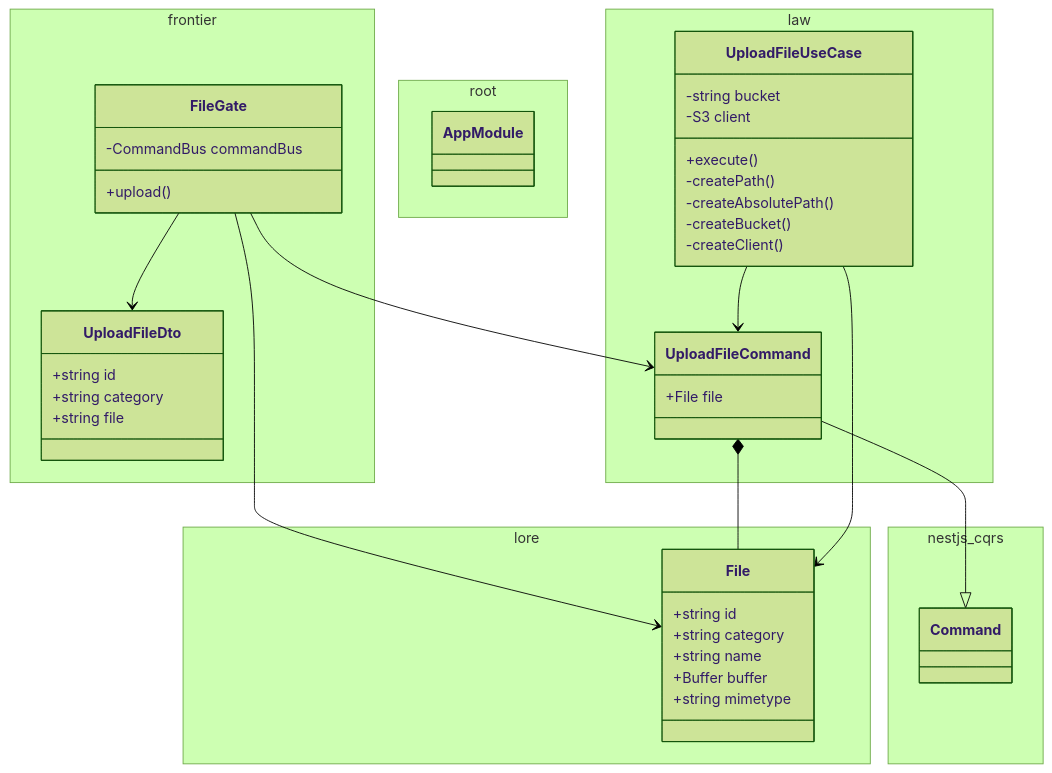
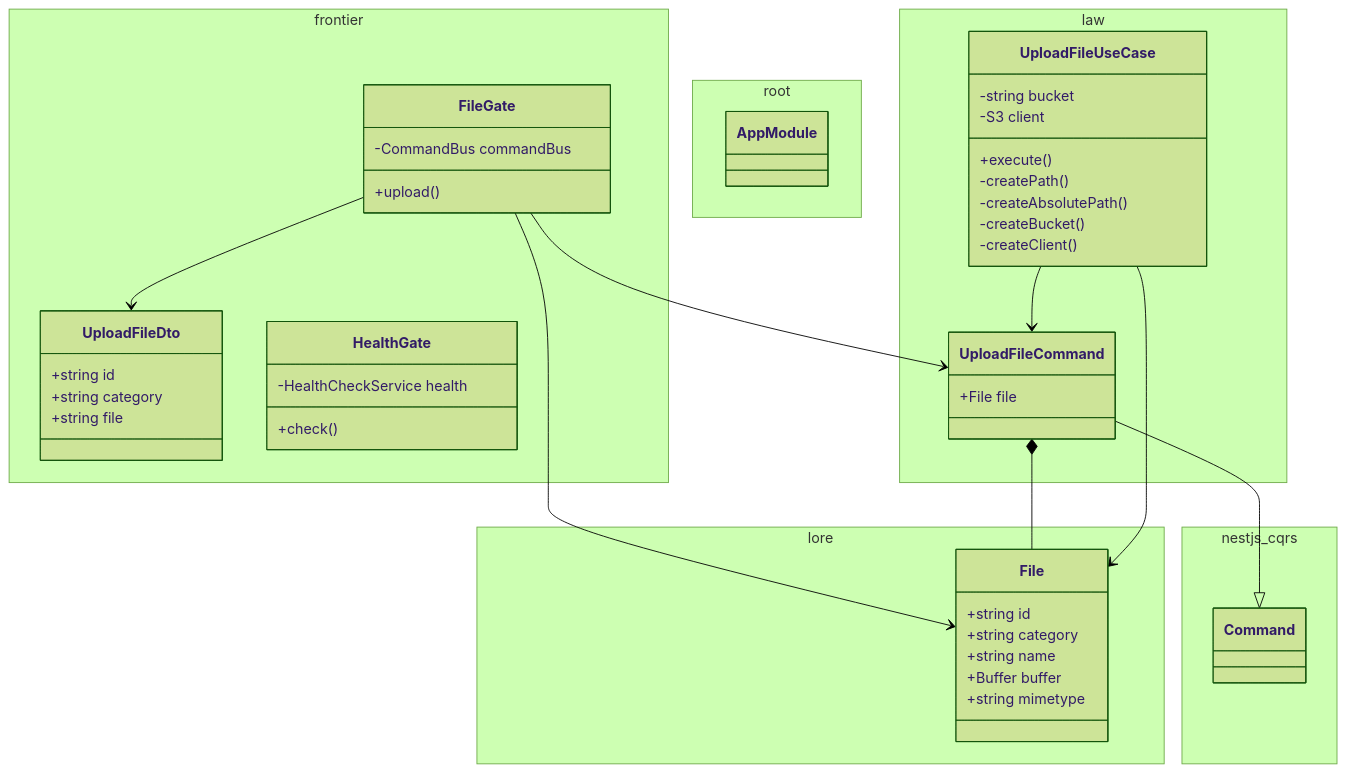
Before and after one commit to pslotinsky/decay-of-magic: the diagram in realms/vault/README.md, drawn with Mermaid (forest theme). The commit also changed other lines of this file and 14 other files, not shown here.

````diff
--- a/realms/vault/README.md
+++ b/realms/vault/README.md
@@ -8,51 +8,55 @@
 ```mermaid
 classDiagram
   namespace frontier {
     class UploadFileDto {
       +string id
       +string category
       +string file
     }
     class FileGate {
       -CommandBus commandBus
       +upload()
+    }
+    class HealthGate {
+      -HealthCheckService health
+      +check()
     }
   }
   namespace law {
     class UploadFileCommand {
       +File file
     }
     class UploadFileUseCase {
       -string bucket
       -S3 client
       +execute()
       -createPath()
       -createAbsolutePath()
       -createBucket()
       -createClient()
     }
   }
   namespace lore {
     class File {
       +string id
       +string category
       +string name
       +Buffer buffer
       +string mimetype
     }
   }
   namespace root {
     class AppModule
   }
   namespace nestjs_cqrs {
     class Command
   }
 
   FileGate --> UploadFileDto
   FileGate --> UploadFileCommand
   FileGate --> File
   UploadFileCommand --|> Command
   UploadFileCommand *-- File
   UploadFileUseCase --> UploadFileCommand
   UploadFileUseCase --> File
 ```
````
